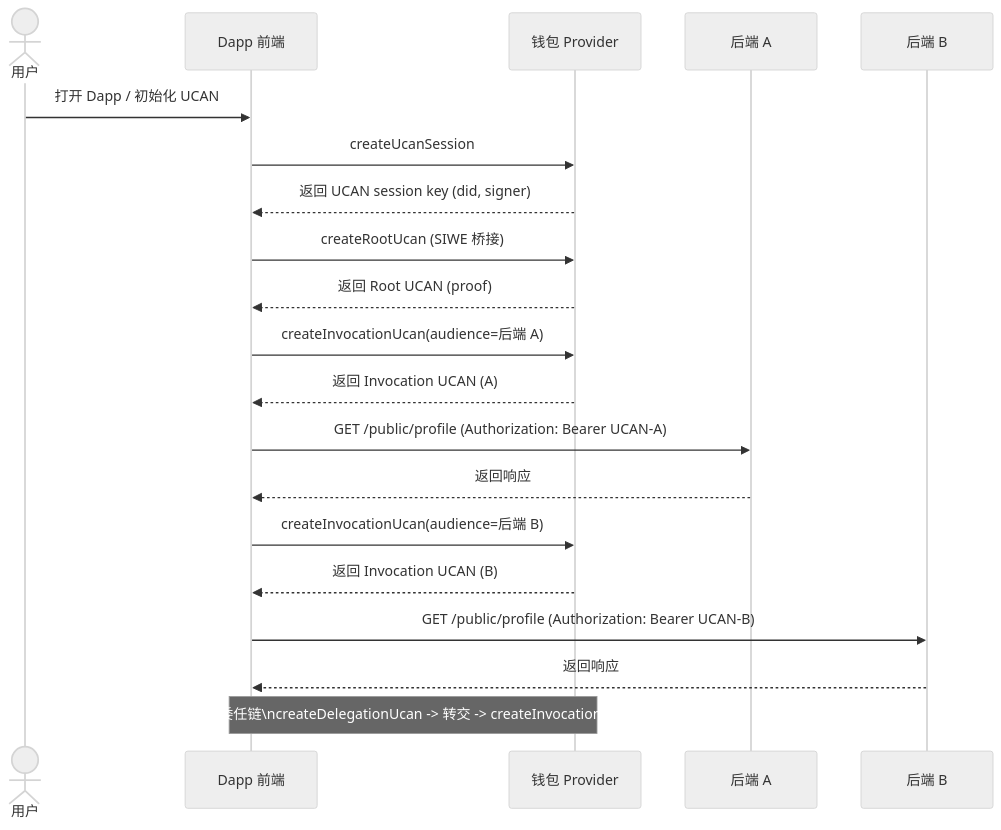
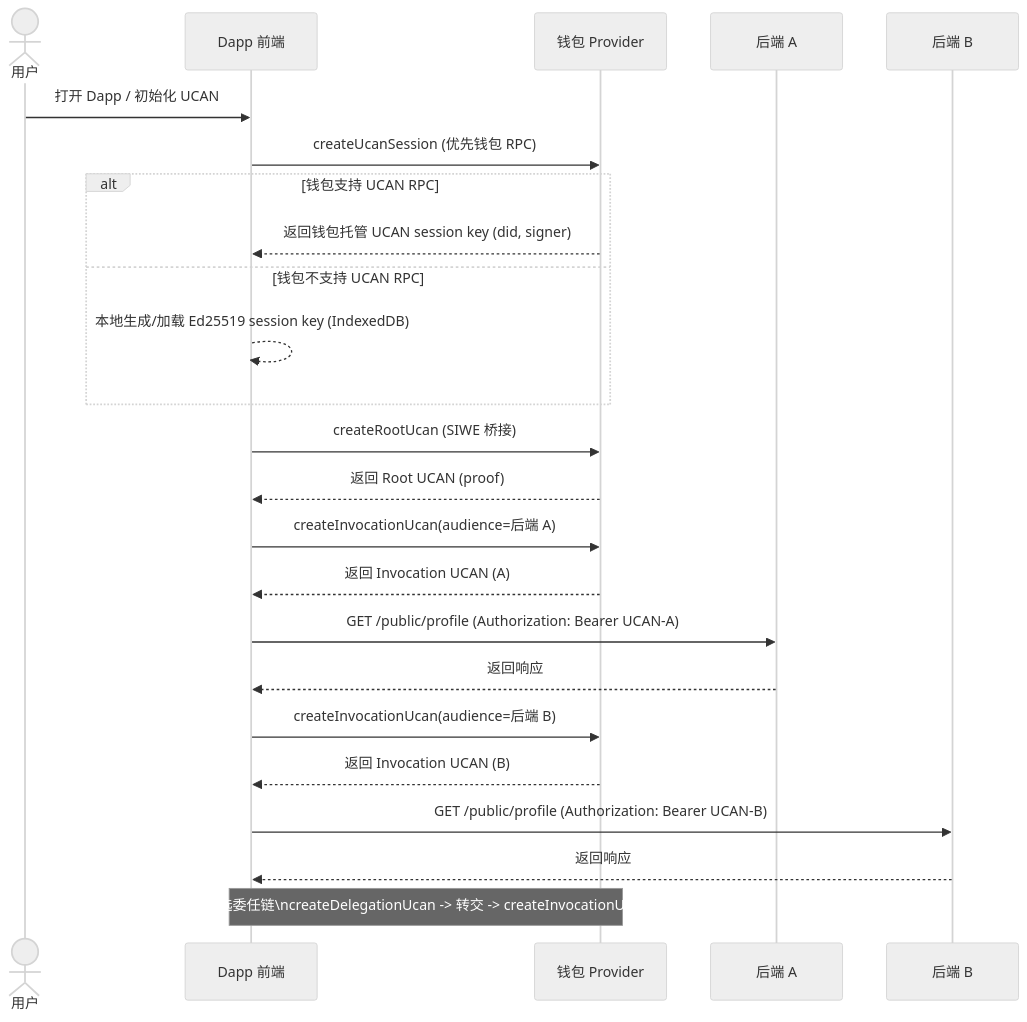
Before and after one commit to yeying-community/web3-bs: the second of 2 diagrams in docs/sdk-design.md, drawn with Mermaid (neutral theme). The commit also changed other lines of this file and 10 other files, not shown here.

````diff
--- a/docs/sdk-design.md
+++ b/docs/sdk-design.md
@@ -260,26 +260,30 @@
 ```mermaid
 sequenceDiagram
   actor 用户
   participant FE as Dapp 前端
   participant WP as 钱包 Provider
   participant BA as 后端 A
   participant BB as 后端 B
 
   用户 ->> FE: 打开 Dapp / 初始化 UCAN
-  FE ->> WP: createUcanSession
-  WP -->> FE: 返回 UCAN session key (did, signer)
+  FE ->> WP: createUcanSession (优先钱包 RPC)
+  alt 钱包支持 UCAN RPC
+    WP -->> FE: 返回钱包托管 UCAN session key (did, signer)
+  else 钱包不支持 UCAN RPC
+    FE -->> FE: 本地生成/加载 Ed25519 session key (IndexedDB)
+  end
   FE ->> WP: createRootUcan (SIWE 桥接)
   WP -->> FE: 返回 Root UCAN (proof)
 
   FE ->> WP: createInvocationUcan(audience=后端 A)
   WP -->> FE: 返回 Invocation UCAN (A)
   FE ->> BA: GET /public/profile (Authorization: Bearer UCAN-A)
   BA -->> FE: 返回响应
 
   FE ->> WP: createInvocationUcan(audience=后端 B)
   WP -->> FE: 返回 Invocation UCAN (B)
   FE ->> BB: GET /public/profile (Authorization: Bearer UCAN-B)
   BB -->> FE: 返回响应
 
   Note over FE,WP: 可选委任链\ncreateDelegationUcan -> 转交 -> createInvocationUcan
 ```
````
